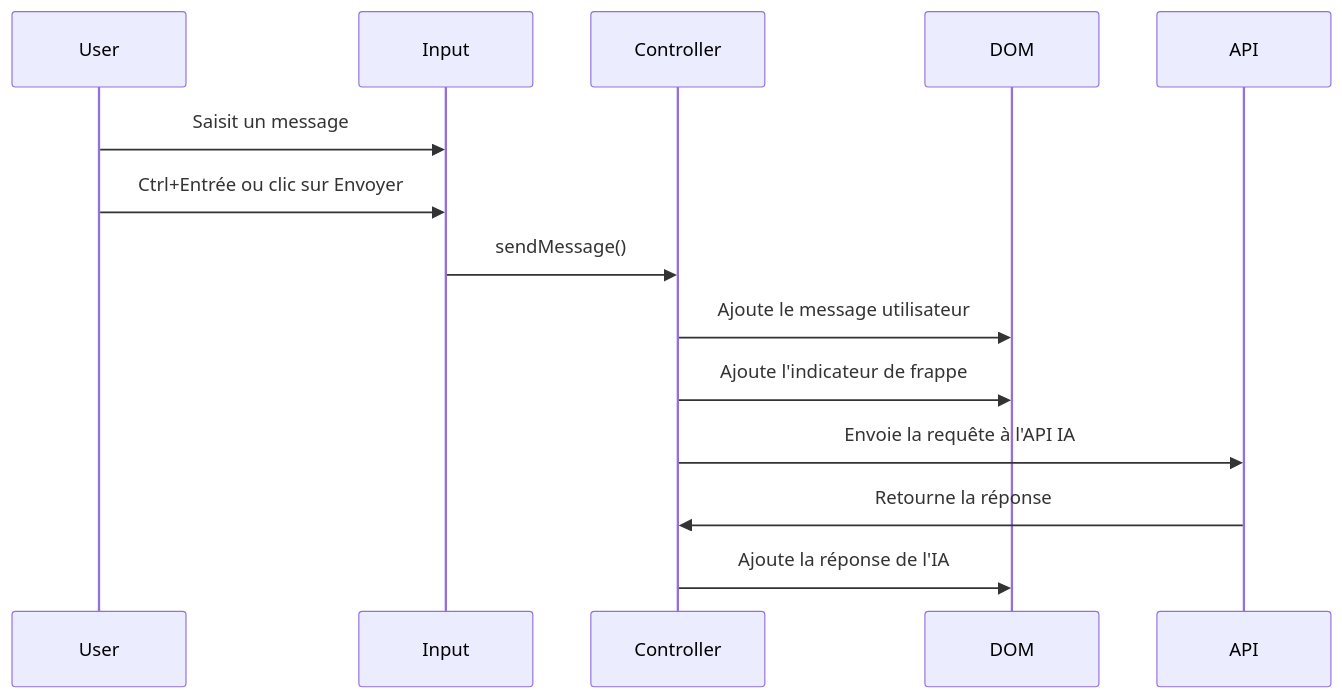
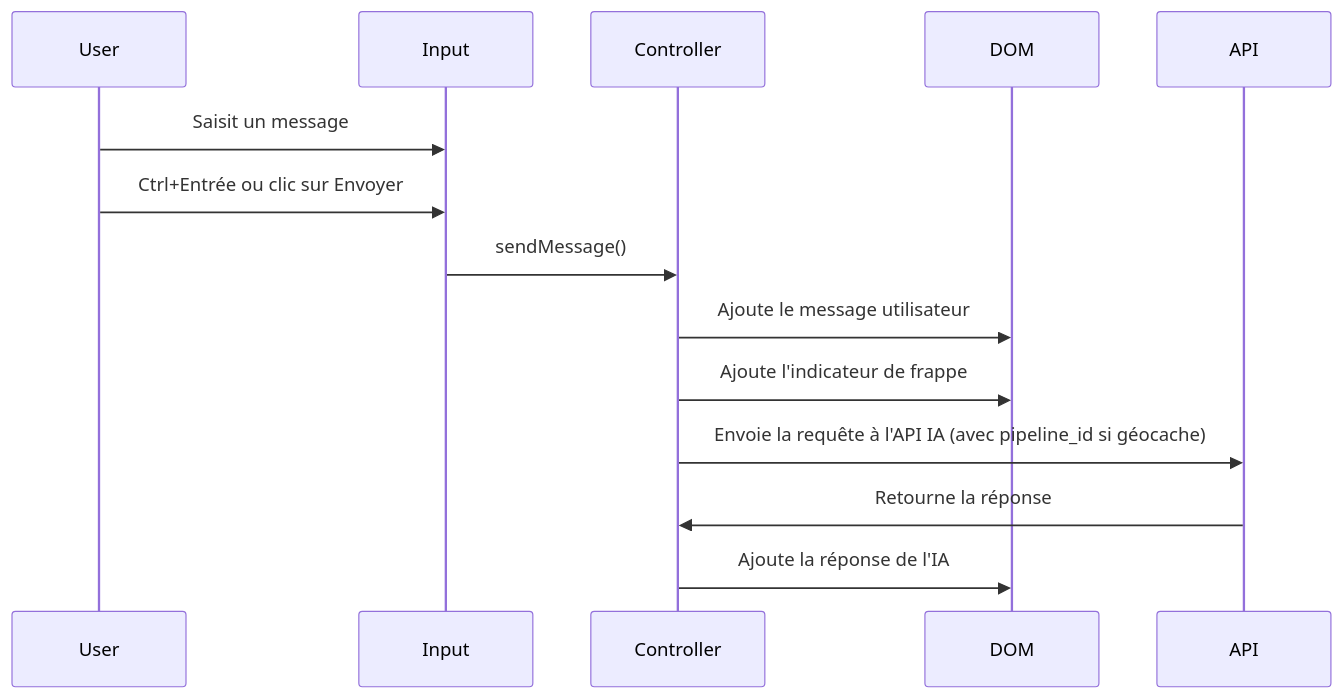
Before and after one commit to TherionAcribus/MysterAI: the third of 5 diagrams in docs/panel_ia.md, drawn with Mermaid. The commit also changed other lines of this file and 9 other files, not shown here.

````diff
--- a/docs/panel_ia.md
+++ b/docs/panel_ia.md
@@ -256,17 +258,17 @@
 ```mermaid
 sequenceDiagram
     participant User
     participant Input
     participant Controller
     participant DOM
     participant API
 
     User->>Input: Saisit un message
     User->>Input: Ctrl+Entrée ou clic sur Envoyer
     Input->>Controller: sendMessage()
     Controller->>DOM: Ajoute le message utilisateur
     Controller->>DOM: Ajoute l'indicateur de frappe
-    Controller->>API: Envoie la requête à l'API IA
+    Controller->>API: Envoie la requête à l'API IA (avec pipeline_id si géocache)
     API->>Controller: Retourne la réponse
     Controller->>DOM: Ajoute la réponse de l'IA
 ```
````
